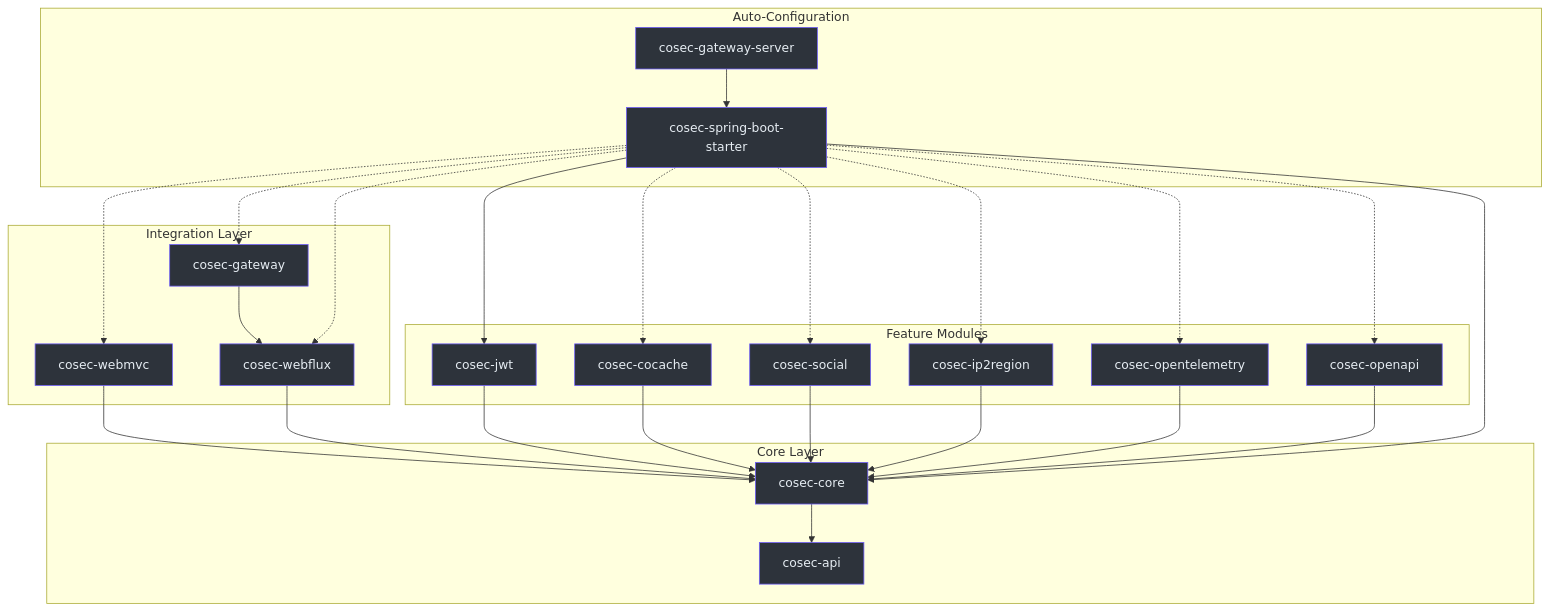
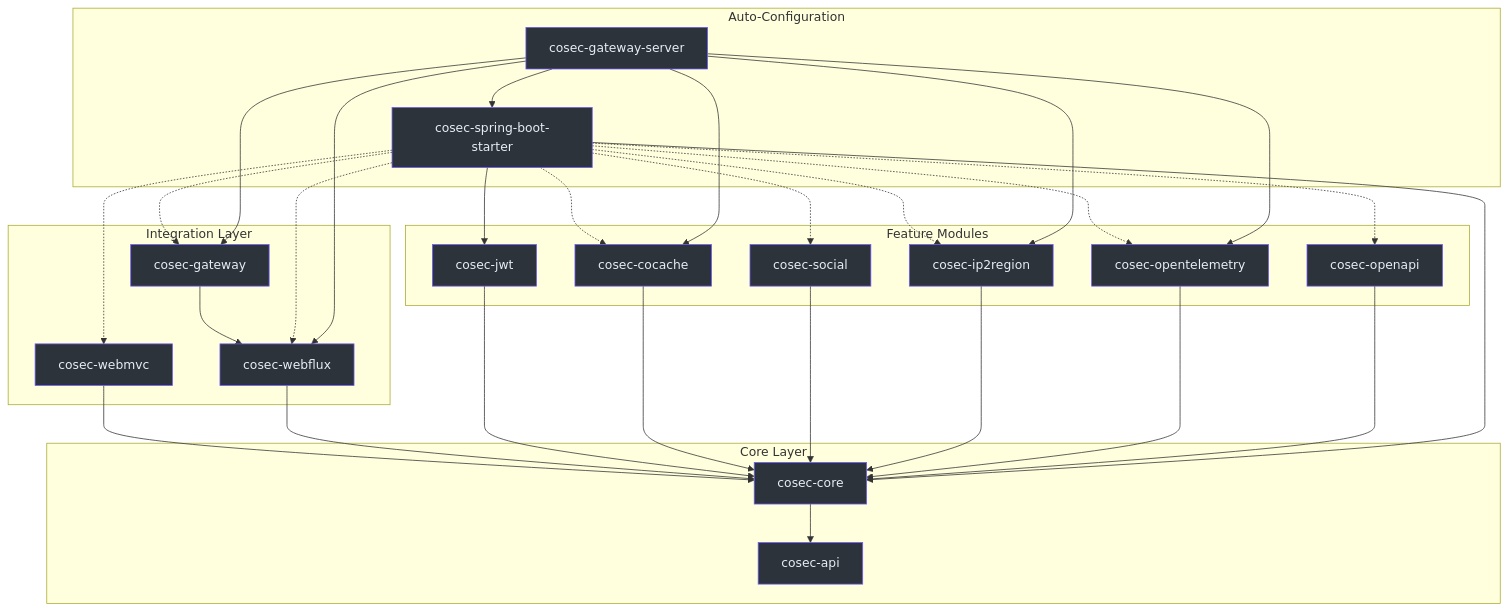
Before and after one commit to Ahoo-Wang/CoSec: the first of 3 diagrams in wiki/deep-dive/architecture/module-dependency.md, drawn with Mermaid. The commit also changed other lines of this file and 59 other files, not shown here.

````diff
--- a/wiki/deep-dive/architecture/module-dependency.md
+++ b/wiki/deep-dive/architecture/module-dependency.md
@@ -14,64 +14,69 @@
 ```mermaid
 graph TB
     subgraph "Integration Layer"
         WEBMVC["cosec-webmvc"]
         WEBFLUX["cosec-webflux"]
         GATEWAY["cosec-gateway"]
     end
 
     subgraph "Feature Modules"
         JWT["cosec-jwt"]
         COCACHE["cosec-cocache"]
         SOCIAL["cosec-social"]
         IP2REGION["cosec-ip2region"]
         OTEL["cosec-opentelemetry"]
         OPENAPI["cosec-openapi"]
     end
 
     subgraph "Core Layer"
         CORE["cosec-core"]
         API["cosec-api"]
     end
 
     subgraph "Auto-Configuration"
         STARTER["cosec-spring-boot-starter"]
         GWSERVER["cosec-gateway-server"]
     end
 
     WEBMVC --> CORE
     WEBFLUX --> CORE
     GATEWAY --> WEBFLUX
     JWT --> CORE
     COCACHE --> CORE
     SOCIAL --> CORE
     IP2REGION --> CORE
     OTEL --> CORE
     OPENAPI --> CORE
     CORE --> API
     STARTER --> CORE
     STARTER --> JWT
     STARTER -.-> WEBMVC
     STARTER -.-> WEBFLUX
     STARTER -.-> GATEWAY
     STARTER -.-> COCACHE
     STARTER -.-> SOCIAL
     STARTER -.-> IP2REGION
     STARTER -.-> OTEL
     STARTER -.-> OPENAPI
     GWSERVER --> STARTER
+    GWSERVER --> COCACHE
+    GWSERVER --> WEBFLUX
+    GWSERVER --> GATEWAY
+    GWSERVER --> OTEL
+    GWSERVER --> IP2REGION
 
     style API fill:#2d333b,stroke:#6d5dfc,color:#e6edf3
     style CORE fill:#2d333b,stroke:#6d5dfc,color:#e6edf3
     style STARTER fill:#2d333b,stroke:#6d5dfc,color:#e6edf3
     style GWSERVER fill:#2d333b,stroke:#6d5dfc,color:#e6edf3
     style JWT fill:#2d333b,stroke:#6d5dfc,color:#e6edf3
     style COCACHE fill:#2d333b,stroke:#6d5dfc,color:#e6edf3
     style SOCIAL fill:#2d333b,stroke:#6d5dfc,color:#e6edf3
     style IP2REGION fill:#2d333b,stroke:#6d5dfc,color:#e6edf3
     style OTEL fill:#2d333b,stroke:#6d5dfc,color:#e6edf3
     style OPENAPI fill:#2d333b,stroke:#6d5dfc,color:#e6edf3
     style WEBMVC fill:#2d333b,stroke:#6d5dfc,color:#e6edf3
     style WEBFLUX fill:#2d333b,stroke:#6d5dfc,color:#e6edf3
     style GATEWAY fill:#2d333b,stroke:#6d5dfc,color:#e6edf3
 
 ```
````
